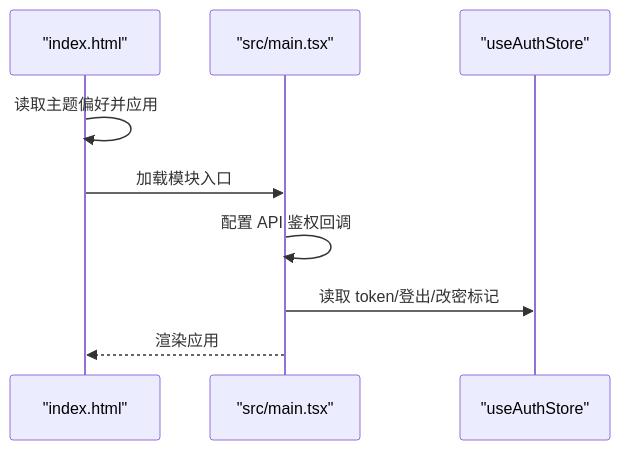
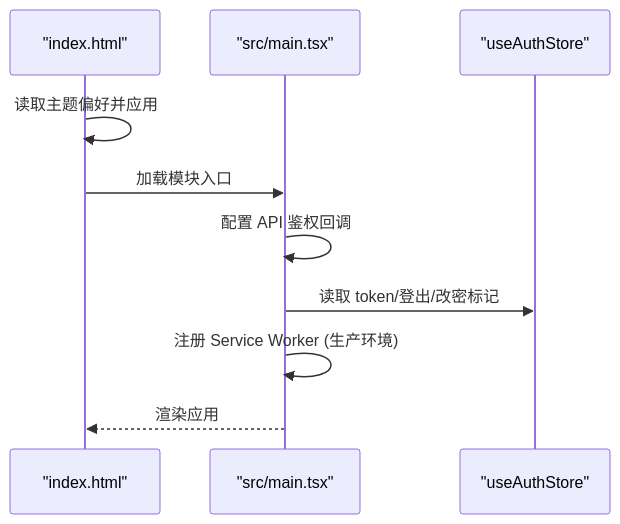
One commit to dgjin/smart-data-analytics changed the eighth of 10 diagrams in .qoder/repowiki/zh/content/前端应用/构建与优化.md. Above: the diagram before and after it, drawn with Mermaid. The commit also changed other lines of this file and 146 other files, not shown here.

````diff
--- a/.qoder/repowiki/zh/content/前端应用/构建与优化.md
+++ b/.qoder/repowiki/zh/content/前端应用/构建与优化.md
@@ -269,11 +378,12 @@
 ```mermaid
 sequenceDiagram
 participant HTML as "index.html"
 participant Main as "src/main.tsx"
 participant Store as "useAuthStore"
 HTML->>HTML : 读取主题偏好并应用
 HTML->>Main : 加载模块入口
 Main->>Main : 配置 API 鉴权回调
 Main->>Store : 读取 token/登出/改密标记
+Main->>Main : 注册 Service Worker (生产环境)
 Main-->>HTML : 渲染应用
 ```
````
